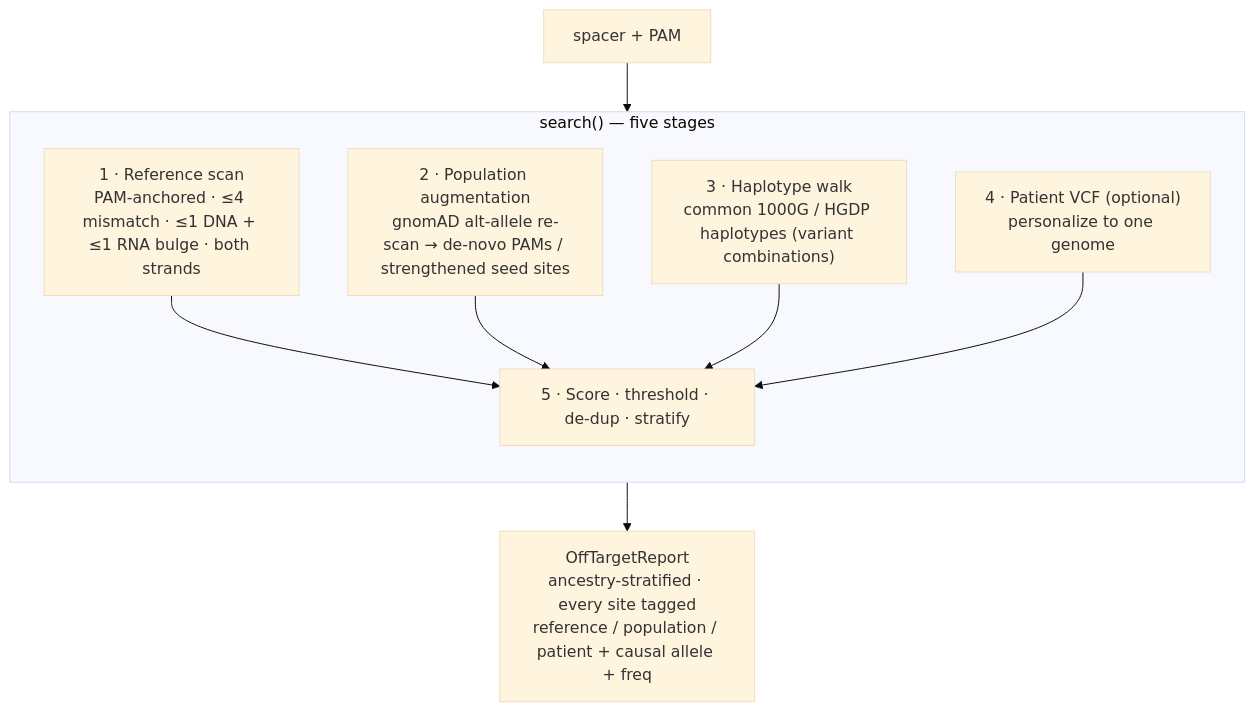
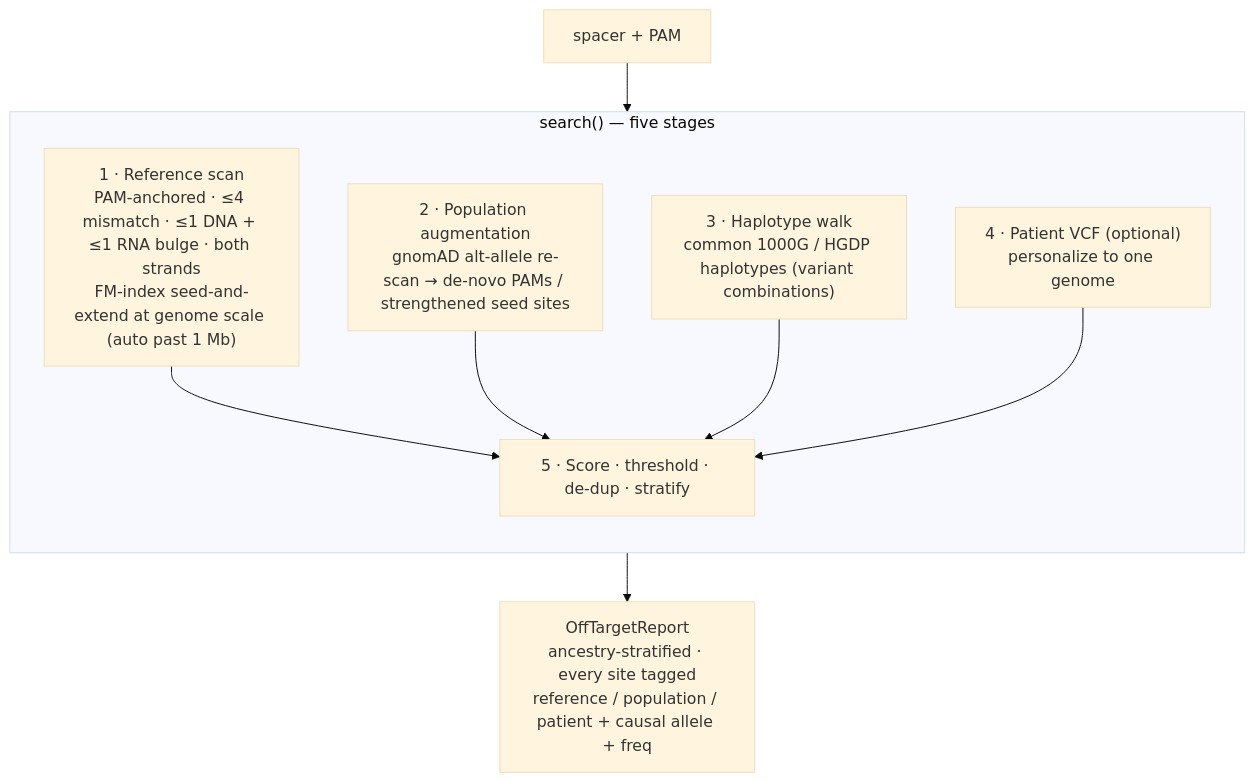
One commit to clay-good/alleleforge changed the fourth of 13 diagrams in README.md. Above: the diagram before and after it, drawn with Mermaid (base theme). The commit also changed other lines of this file and 8 other files, not shown here.

````diff
--- a/README.md
+++ b/README.md
@@ -349,17 +365,17 @@
 ```mermaid
 flowchart TB
     SP["spacer + PAM"] --> S1
     subgraph ENG["search() — five stages"]
         direction TB
-        S1["1 · Reference scan<br/>PAM-anchored · ≤4 mismatch · ≤1 DNA + ≤1 RNA bulge · both strands"]
+        S1["1 · Reference scan<br/>PAM-anchored · ≤4 mismatch · ≤1 DNA + ≤1 RNA bulge · both strands<br/>FM-index seed-and-extend at genome scale (auto past 1 Mb)"]
         S2["2 · Population augmentation<br/>gnomAD alt-allele re-scan → de-novo PAMs / strengthened seed sites"]
         S3["3 · Haplotype walk<br/>common 1000G / HGDP haplotypes (variant combinations)"]
         S4["4 · Patient VCF (optional)<br/>personalize to one genome"]
         S5["5 · Score · threshold · de-dup · stratify"]
         S1 --> S5
         S2 --> S5
         S3 --> S5
         S4 --> S5
     end
     S5 --> R["OffTargetReport<br/>ancestry-stratified · every site tagged<br/>reference / population / patient + causal allele + freq"]
 ```
````
